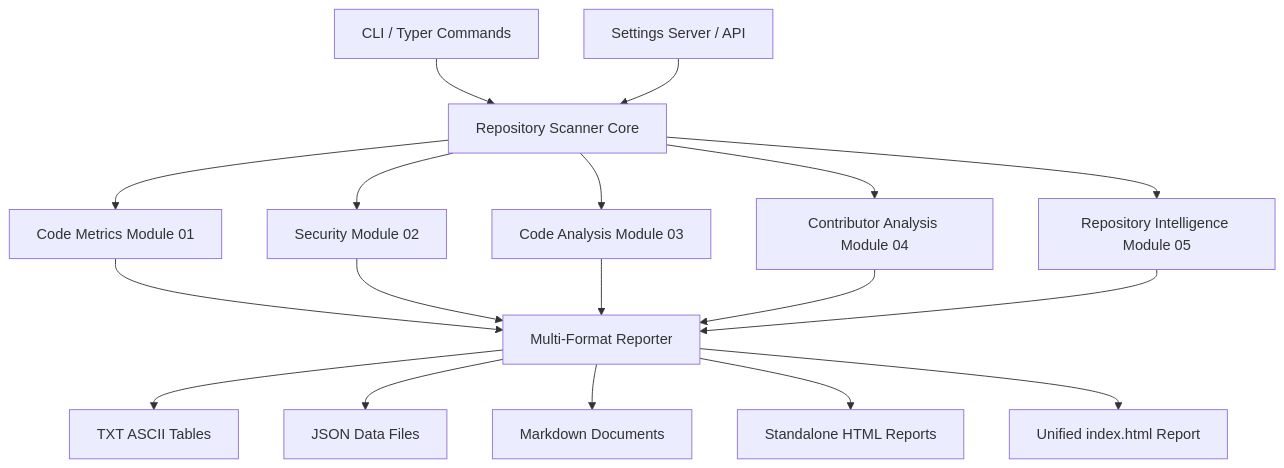
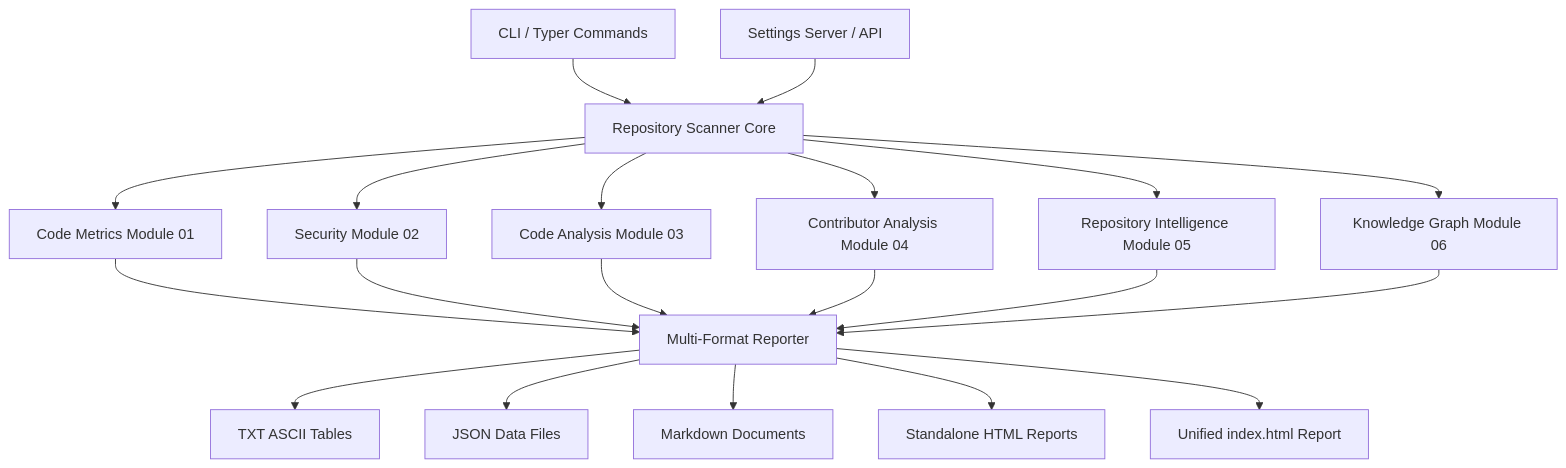
The first of 2 diagrams in README.md (v3ravani/Archon-One), drawn with Mermaid before and after one commit. The commit also changed other lines of this file and 19 other files, not shown here.

````diff
--- a/README.md
+++ b/README.md
@@ -99,16 +100,17 @@
 ```mermaid
 graph TD
     A[CLI / Typer Commands] --> B[Repository Scanner Core]
     C[Settings Server / API] --> B
     B --> D[Code Metrics Module 01]
     B --> E[Security Module 02]
     B --> F[Code Analysis Module 03]
     B --> G[Contributor Analysis Module 04]
     B --> H[Repository Intelligence Module 05]
-    D & E & F & G & H --> I[Multi-Format Reporter]
+    B --> O[Knowledge Graph Module 06]
+    D & E & F & G & H & O --> I[Multi-Format Reporter]
     I --> J[TXT ASCII Tables]
     I --> K[JSON Data Files]
     I --> L[Markdown Documents]
     I --> M[Standalone HTML Reports]
     I --> N[Unified index.html Report]
 ```
````
